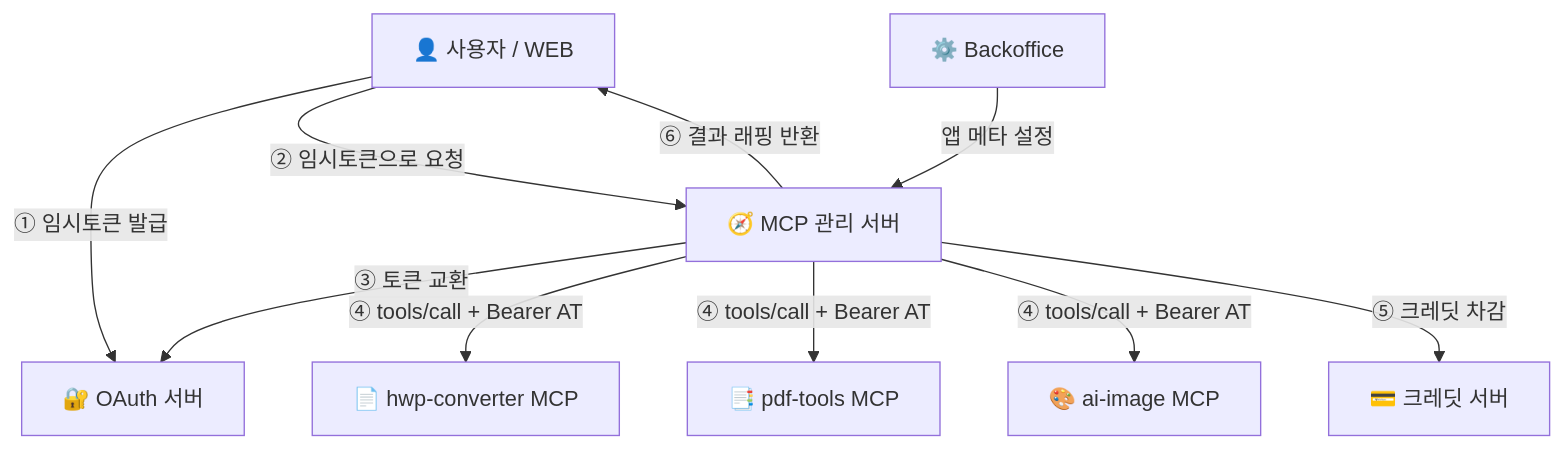
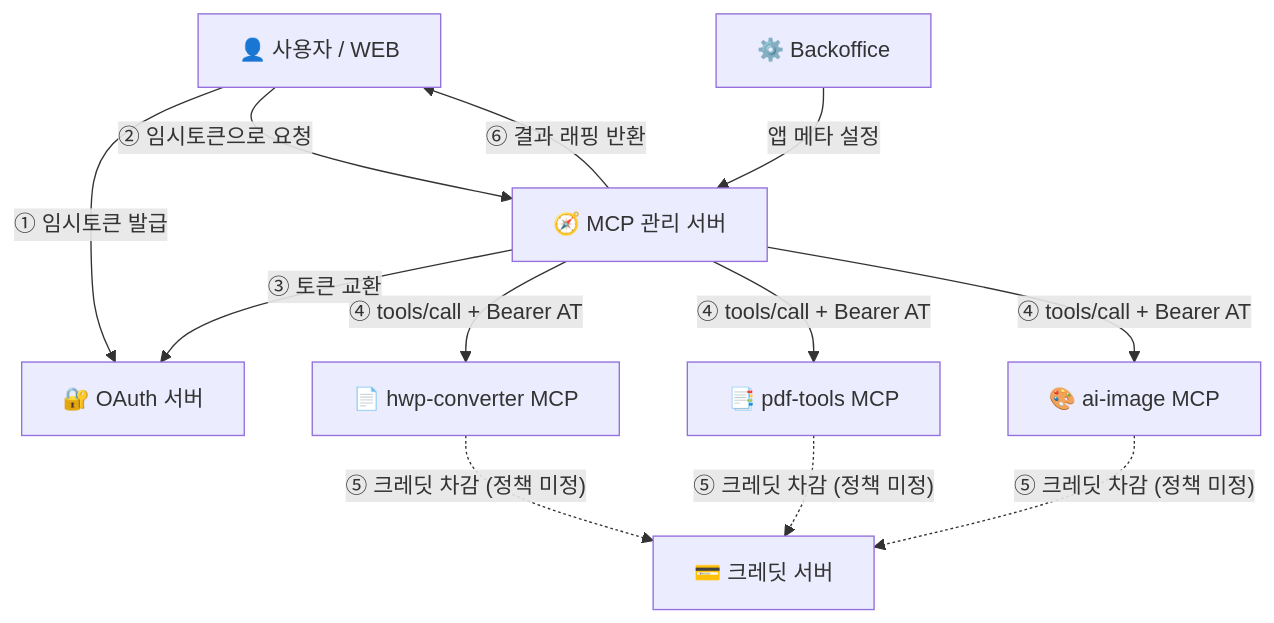
One commit to theo-s-park/POC_MCP_Ochestrator changed the first of 2 diagrams in docs/management-server-role.md. Above: the diagram before and after it, drawn with Mermaid. The commit also changed other lines of this file and 1 other file, not shown here.

Commit message:
docs: OAuth 인증 흐름 시퀀스 다이어그램 추가 (Flow 3), 크레딧 차감 정책 미정 반영

````diff
--- a/docs/management-server-role.md
+++ b/docs/management-server-role.md
@@ -93,22 +96,24 @@
 ```mermaid
 flowchart TD
     USER["👤 사용자 / WEB"]
     OAUTH["🔐 OAuth 서버"]
     MCP["🧭 MCP 관리 서버"]
     CREDIT["💳 크레딧 서버"]
     BO["⚙️ Backoffice"]
 
     HWP["📄 hwp-converter MCP"]
     PDF["📑 pdf-tools MCP"]
     AI["🎨 ai-image MCP"]
 
     USER -- "① 임시토큰 발급" --> OAUTH
     USER -- "② 임시토큰으로 요청" --> MCP
     MCP -- "③ 토큰 교환" --> OAUTH
     MCP -- "④ tools/call + Bearer AT" --> HWP
     MCP -- "④ tools/call + Bearer AT" --> PDF
     MCP -- "④ tools/call + Bearer AT" --> AI
-    MCP -- "⑤ 크레딧 차감" --> CREDIT
+    HWP -. "⑤ 크레딧 차감 (정책 미정)" .-> CREDIT
+    PDF -. "⑤ 크레딧 차감 (정책 미정)" .-> CREDIT
+    AI -. "⑤ 크레딧 차감 (정책 미정)" .-> CREDIT
     MCP -- "⑥ 결과 래핑 반환" --> USER
     BO -- "앱 메타 설정" --> MCP
 ```
````
